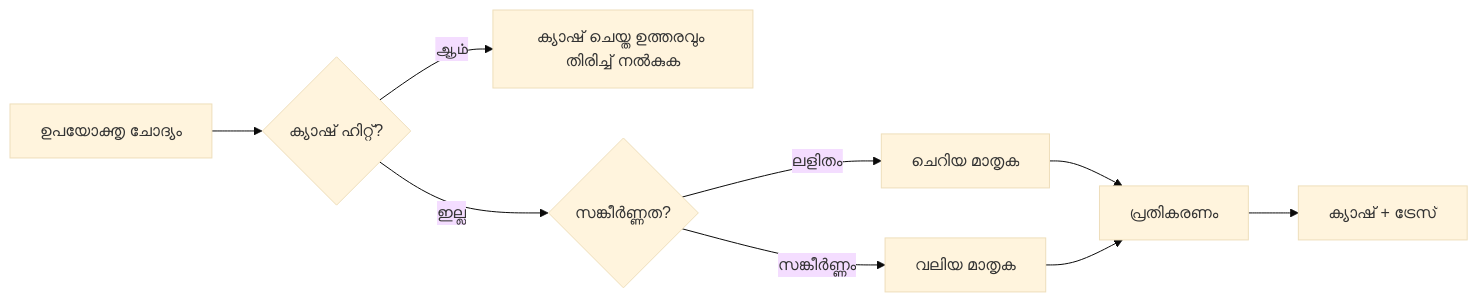
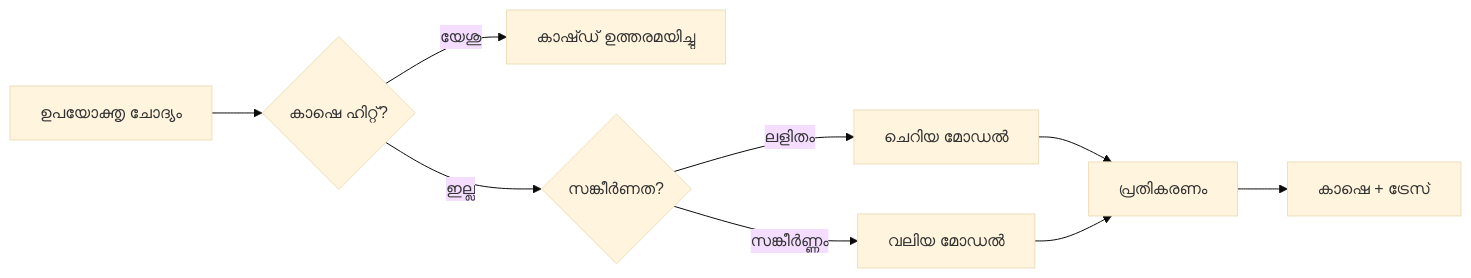
One commit to microsoft/ai-agents-for-beginners changed the third of 4 diagrams in translations/ml/16-deploying-scalable-agents/README.md. Above: the diagram before and after it, drawn with Mermaid (base theme). The commit also changed other lines of this file and 43 other files, not shown here.

````diff
--- a/translations/ml/16-deploying-scalable-agents/README.md
+++ b/translations/ml/16-deploying-scalable-agents/README.md
@@ -134,11 +134,11 @@
 ```mermaid
 flowchart LR
-    Q[ഉപയോക്തൃ ചോദ്യം] --> C{ക്യാഷ് ഹിറ്റ്?}
-    C -->|ஆம்| R[ക്യാഷ് ചെയ്ത ഉത്തരവും തിരിച്ച് നൽകുക]
-    C -->|ഇല്ല| Router{സങ്കീർണ്ണത?}
-    Router -->|ലളിതം| SLM[ചെറിയ മാതൃക]
-    Router -->|സങ്കീർണ്ണം| LLM[വലിയ മാതൃക]
+    Q[ഉപയോക്തൃ ചോദ്യം] --> C{കാഷെ ഹിറ്റ്?}
+    C -->|യേശു| R[കാഷ്ഡ് ഉത്തരമയിച്ചു]
+    C -->|ഇല്ല| Router{സങ്കീർണത?}
+    Router -->|ലളിതം| SLM[ചെറിയ മോഡൽ]
+    Router -->|സങ്കീർണ്ണം| LLM[വലിയ മോഡൽ]
     SLM --> Out[പ്രതികരണം]
     LLM --> Out
-    Out --> Store[ക്യാഷ് + ട്രേസ്]
+    Out --> Store[കാഷെ + ട്രേസ്]
 ```
````
